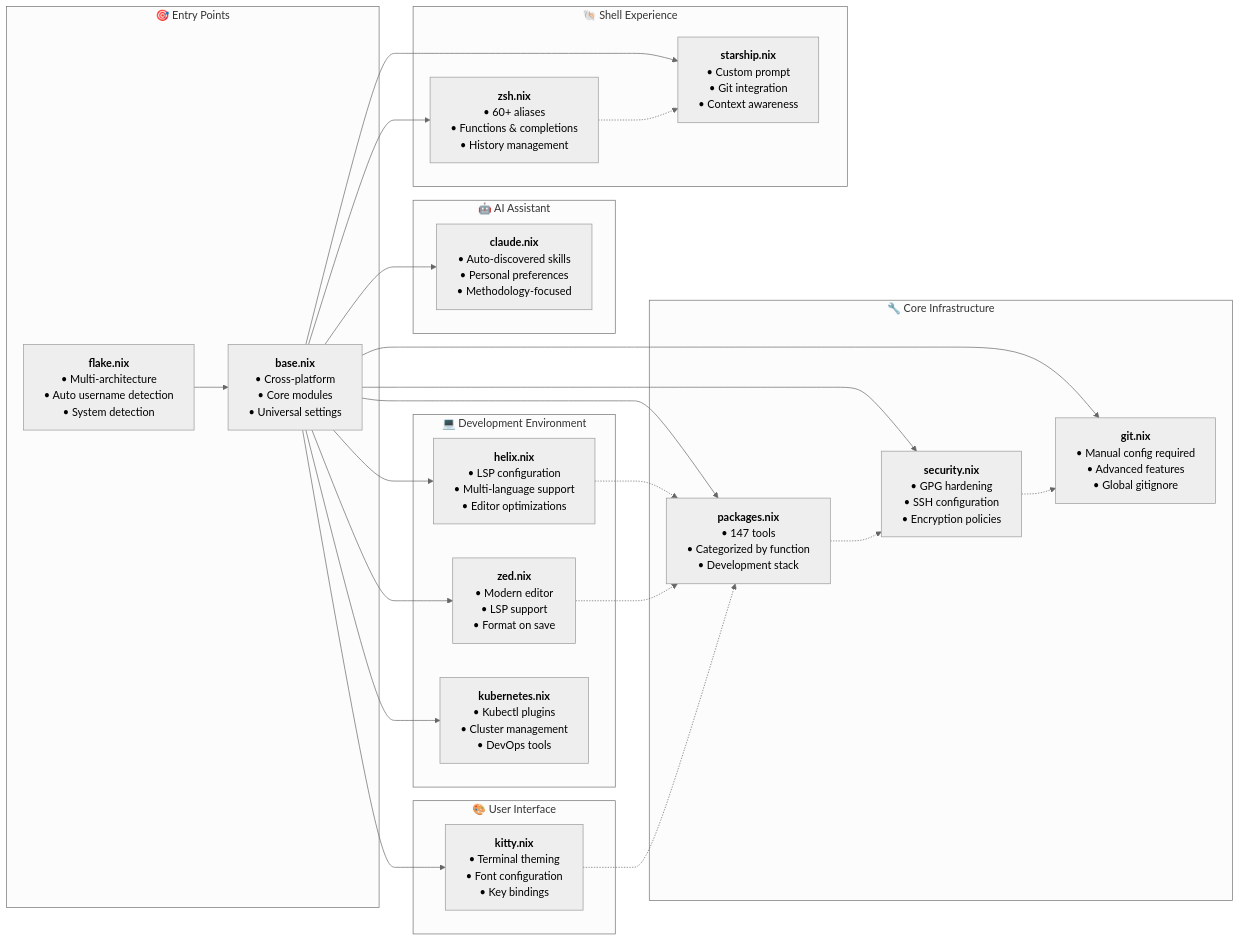
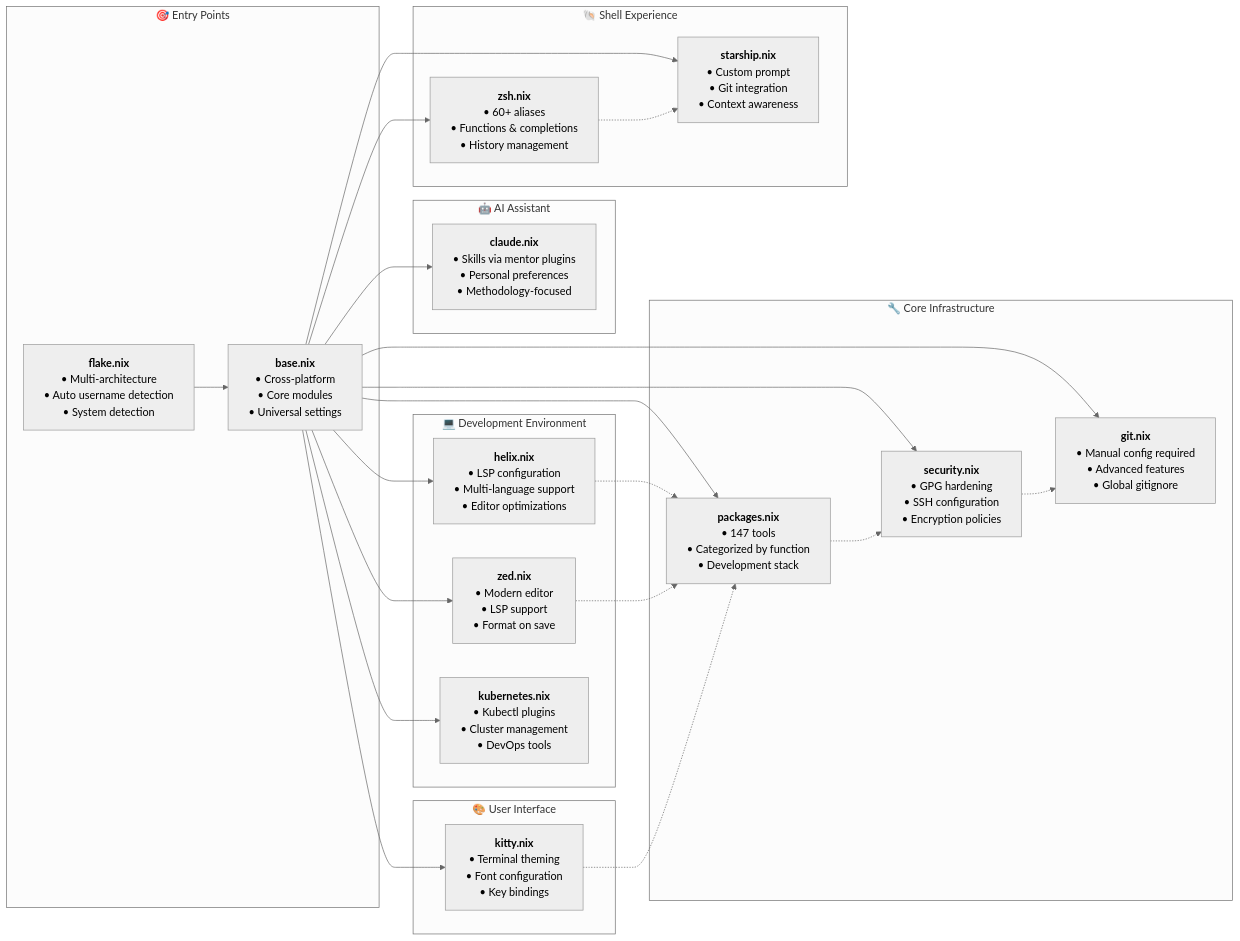
One commit to pampatzoglou/home-manager changed the third of 6 diagrams in docs/ARCHITECTURE.md. Above: the diagram before and after it, drawn with Mermaid (neutral theme). The commit also changed other lines of this file and 66 other files, not shown here.

```diff
--- a/docs/ARCHITECTURE.md
+++ b/docs/ARCHITECTURE.md
@@ -186,7 +186,7 @@
 
     subgraph "🤖 AI Assistant"
         claude["`**claude.nix**
-        • Auto-discovered skills
+        • Skills via mentor plugins
         • Personal preferences
         • Methodology-focused`"]
     end
```
